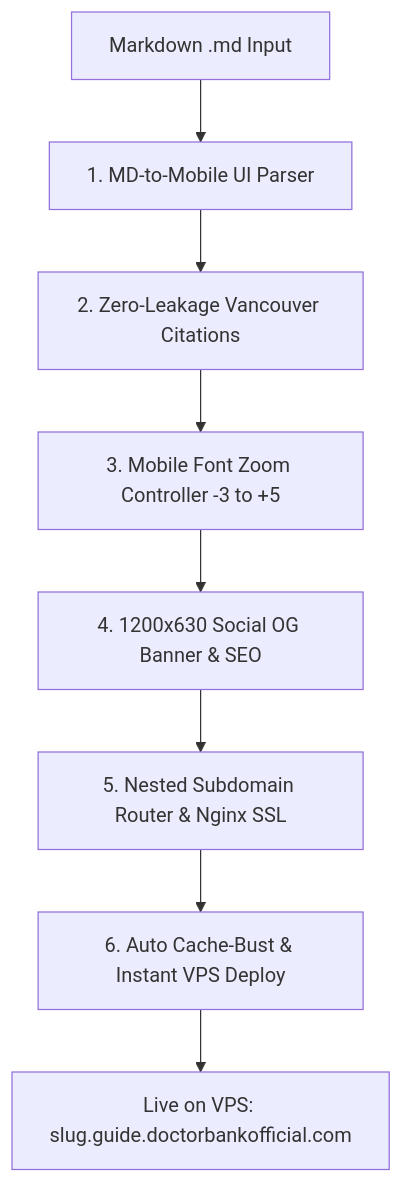
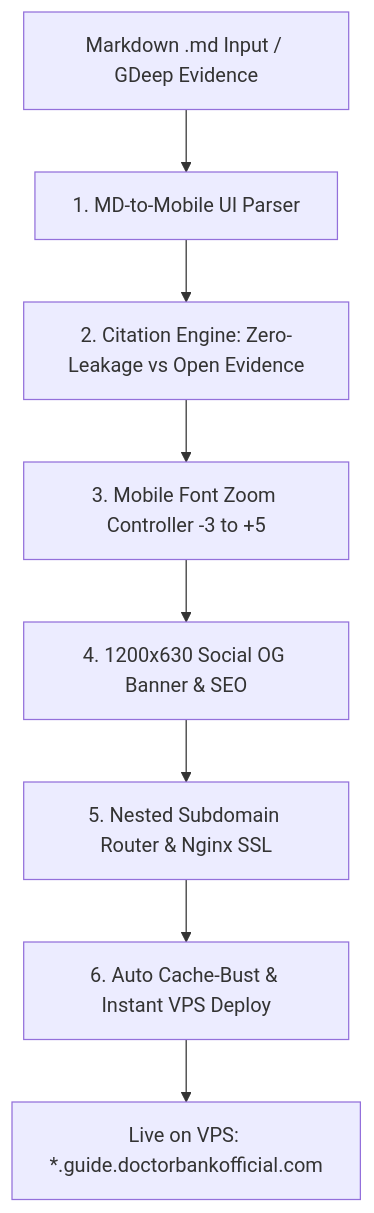
One commit to TheDarkXX/MyProjects changed the first of 2 diagrams in .agents/skills/lp/SKILL.md. Above: the diagram before and after it, drawn with Mermaid. The commit also changed other lines of this file and 7 other files, not shown here.

````diff
--- a/.agents/skills/lp/SKILL.md
+++ b/.agents/skills/lp/SKILL.md
@@ -22,10 +23,10 @@
 ```mermaid
 graph TD
-    MD[Markdown .md Input] --> M1[1. MD-to-Mobile UI Parser]
-    M1 --> M2[2. Zero-Leakage Vancouver Citations]
+    MD[Markdown .md Input / GDeep Evidence] --> M1[1. MD-to-Mobile UI Parser]
+    M1 --> M2[2. Citation Engine: Zero-Leakage vs Open Evidence]
     M2 --> M3[3. Mobile Font Zoom Controller -3 to +5]
     M3 --> M4[4. 1200x630 Social OG Banner & SEO]
     M4 --> M5[5. Nested Subdomain Router & Nginx SSL]
     M5 --> M6[6. Auto Cache-Bust & Instant VPS Deploy]
-    M6 --> LIVE[Live on VPS: slug.guide.doctorbankofficial.com]
+    M6 --> LIVE[Live on VPS: *.guide.doctorbankofficial.com]
 ```
````
